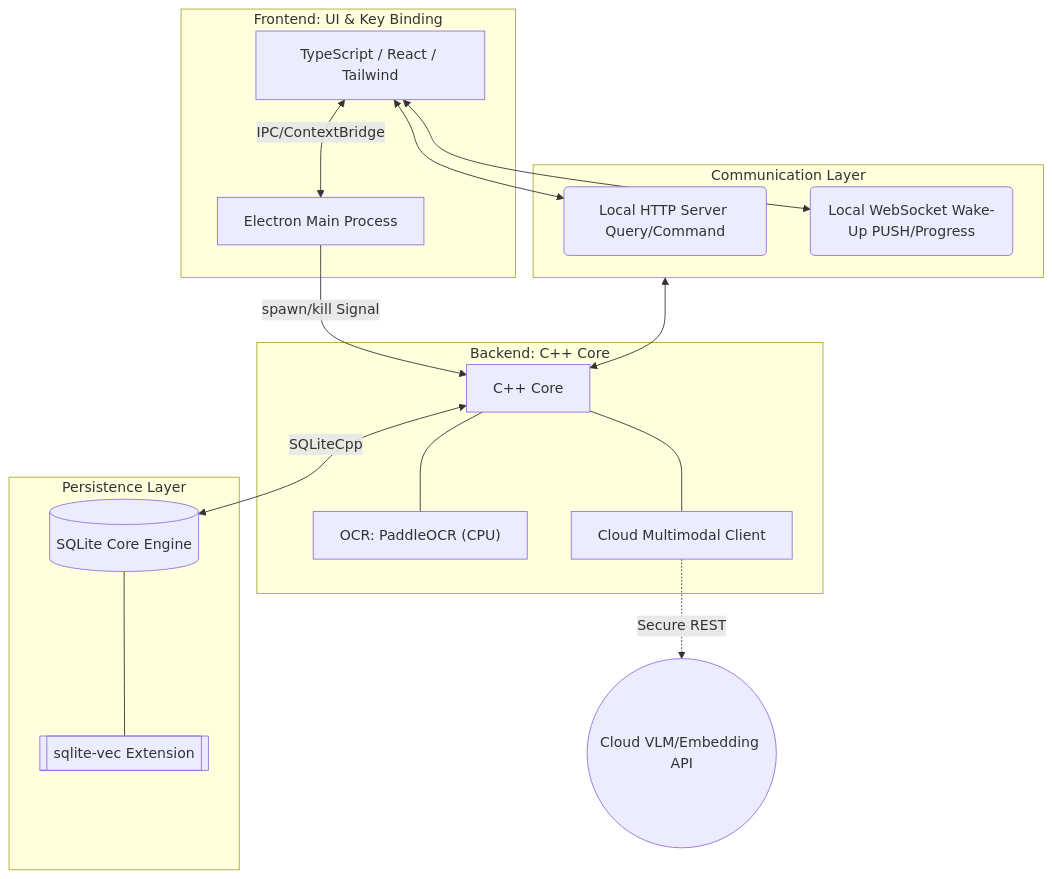
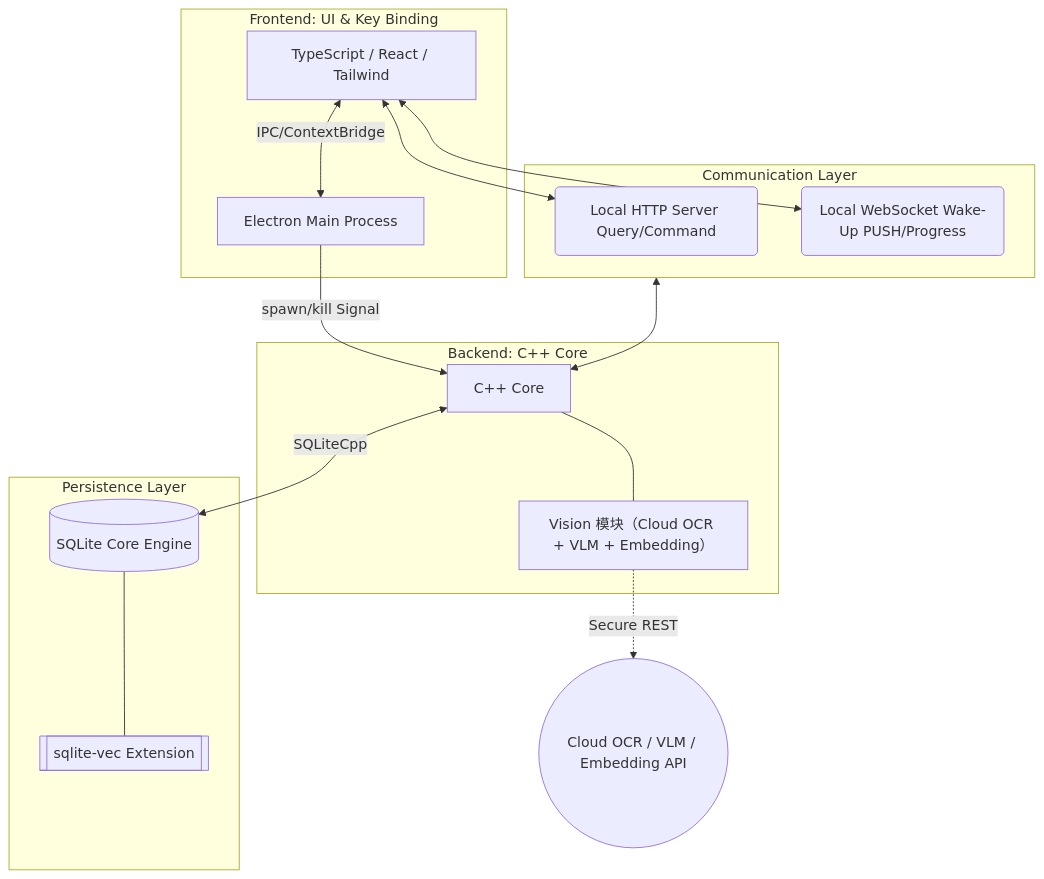
Before and after one commit to MintITes/QuickMemes: the diagram in docs/TechStack.md, drawn with Mermaid. The commit also changed other lines of this file and 12 other files, not shown here.

Commit message:
docs(fix, improve) : OCR 改为云端 API，合并到 Vision 模块 OpenCV → stb 系列（stb_image + stb_image_resize2 + stb_image_write，缩略图输出 JPEG） 删除 AI 图片生成功能 删除 Meme 推荐功能

````diff
--- a/docs/TechStack.md
+++ b/docs/TechStack.md
@@ -26,45 +26,43 @@
 ```mermaid
 graph TD
     %% 前置宿主栈
     subgraph Host_Layer [Frontend: UI & Key Binding]
         REACT[TypeScript / React / Tailwind]
         ELECTRON_MAIN[Electron Main Process]
         REACT <-->|IPC/ContextBridge| ELECTRON_MAIN
     end
 
     %% 跨进程异步通信总线
     subgraph IPC_Bus_Layer [Communication Layer]
         HTTP(Local HTTP Server Query/Command)
         WSS(Local WebSocket Wake-Up PUSH/Progress)
     end
 
     %% 系统控制干预线
     ELECTRON_MAIN -->|spawn/kill Signal| CPP_CORE
     REACT <--> HTTP
     REACT <--> WSS
 
     %% 高并发 C++ 计算中枢
     subgraph Logic_Layer ["Backend: C++ Core"]
         CPP_CORE[C++ Core]
-        OCR_INFER["OCR: PaddleOCR (CPU)"]
-        AI_GATEWAY[Cloud Multimodal Client]
+        VISION["Vision 模块（Cloud OCR + VLM + Embedding）"]
         
-        CPP_CORE --- OCR_INFER
-        CPP_CORE --- AI_GATEWAY
+        CPP_CORE --- VISION
     end
 
     %% 云原生调用
-    EXT_CLOUD((Cloud VLM/Embedding API))
-    AI_GATEWAY -.->|Secure REST| EXT_CLOUD
+    EXT_CLOUD((Cloud OCR / VLM / Embedding API))
+    VISION -.->|Secure REST| EXT_CLOUD
 
     %% 持久化表单阵列
     subgraph Persistence_Layer [Persistence Layer]
         SQLITE_DB[(SQLite Core Engine)]
         VEC_EXT[[sqlite-vec Extension]]
         SQLITE_DB --- VEC_EXT
     end
 
     CPP_CORE <-->|SQLiteCpp| SQLITE_DB
     
     IPC_Bus_Layer <--> CPP_CORE
 ```
````
